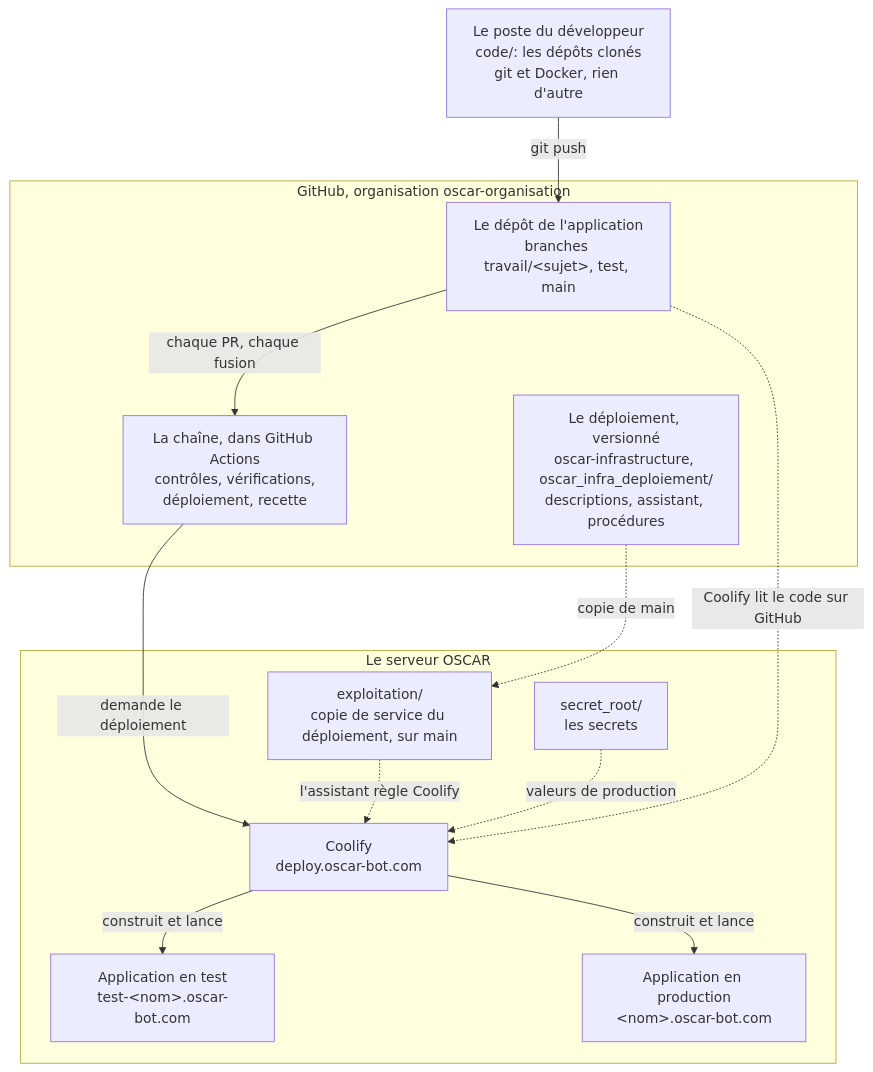
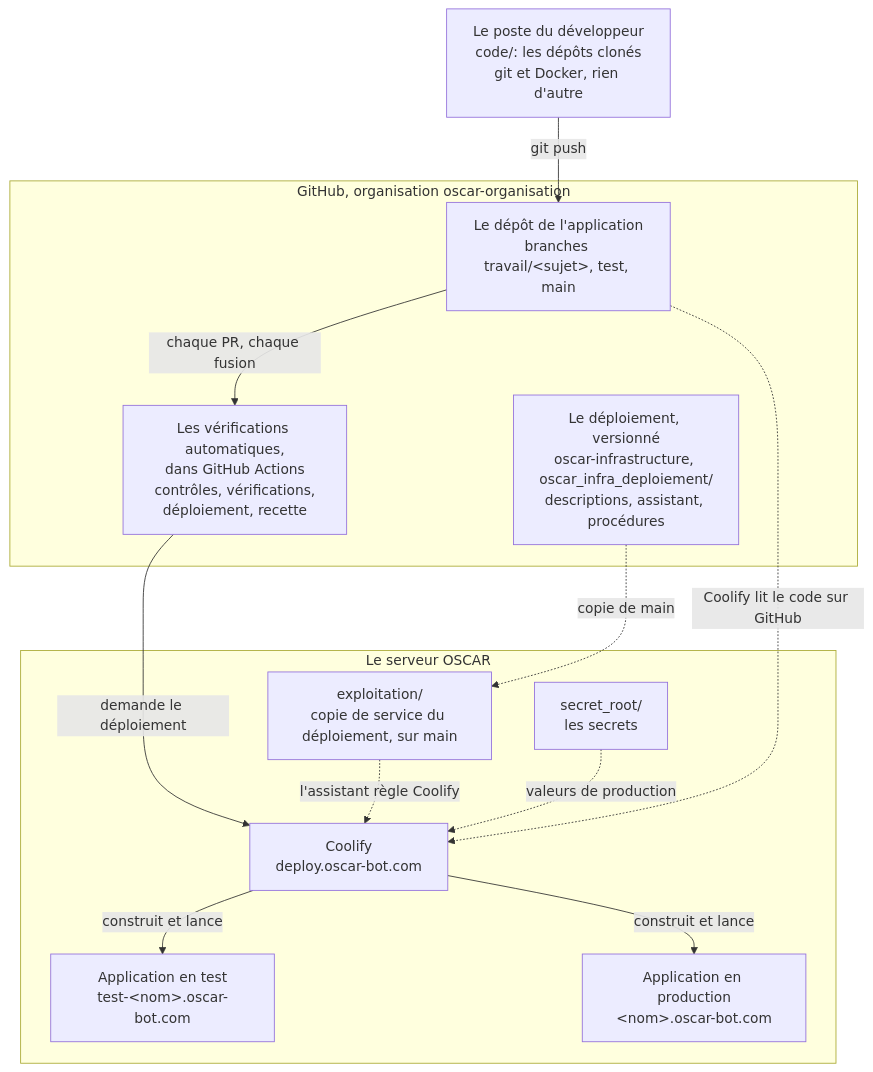
The diagram in docs/schemas/01-vue-d-ensemble.mmd (oscar-organisation/oscar-general-gouvernance-project), drawn with Mermaid before and after one commit. The commit also changed 41 other files, not shown here.

First line of the commit message:
Dire « vérifications automatiques » dans le portail et son guide, décisions 87 et 88

```diff
--- a/docs/schemas/01-vue-d-ensemble.mmd
+++ b/docs/schemas/01-vue-d-ensemble.mmd
@@ -1,32 +1,32 @@
 %% Vue d'ensemble: où vit quoi, et qui parle à qui.
 %% Source de 01-vue-d-ensemble.svg. L'image ne se retouche jamais à la main.
 %% Après une modification, depuis la racine du dépôt:
 %%   docker compose -f docs/outils/compose.yaml run --rm schemas
 flowchart TB
   code["Le poste du développeur<br>code/: les dépôts clonés<br>git et Docker, rien d'autre"]
 
   subgraph github["GitHub, organisation oscar-organisation"]
     depot["Le dépôt de l'application<br>branches travail/#lt;sujet#gt;, test, main"]
-    chaine["La chaîne, dans GitHub Actions<br>contrôles, vérifications,<br>déploiement, recette"]
+    verifications["Les vérifications automatiques,<br>dans GitHub Actions<br>contrôles, vérifications,<br>déploiement, recette"]
     deploiement["Le déploiement, versionné<br>oscar-infrastructure, oscar_infra_deploiement/<br>descriptions, assistant, procédures"]
   end
 
   subgraph serveur["Le serveur OSCAR"]
     exploitation["exploitation/<br>copie de service du déploiement, sur main"]:::discret
     coolify["Coolify<br>deploy.oscar-bot.com"]
     secrets["secret_root/<br>les secrets"]:::discret
     appt["Application en test<br>test-#lt;nom#gt;.oscar-bot.com"]
     appp["Application en production<br>#lt;nom#gt;.oscar-bot.com"]
   end
 
   code -- "git push" --> depot
-  depot -- "chaque PR, chaque fusion" --> chaine
-  chaine -- "demande le déploiement" --> coolify
+  depot -- "chaque PR, chaque fusion" --> verifications
+  verifications -- "demande le déploiement" --> coolify
   depot -. "Coolify lit le code sur GitHub" .-> coolify
   deploiement -. "copie de main" .-> exploitation
   exploitation -. "l'assistant règle Coolify" .-> coolify
   secrets -. "valeurs de production" .-> coolify
   coolify -- "construit et lance" --> appt
   coolify -- "construit et lance" --> appp
-  chaine ~~~ exploitation
-  chaine ~~~ secrets
+  verifications ~~~ exploitation
+  verifications ~~~ secrets
```
